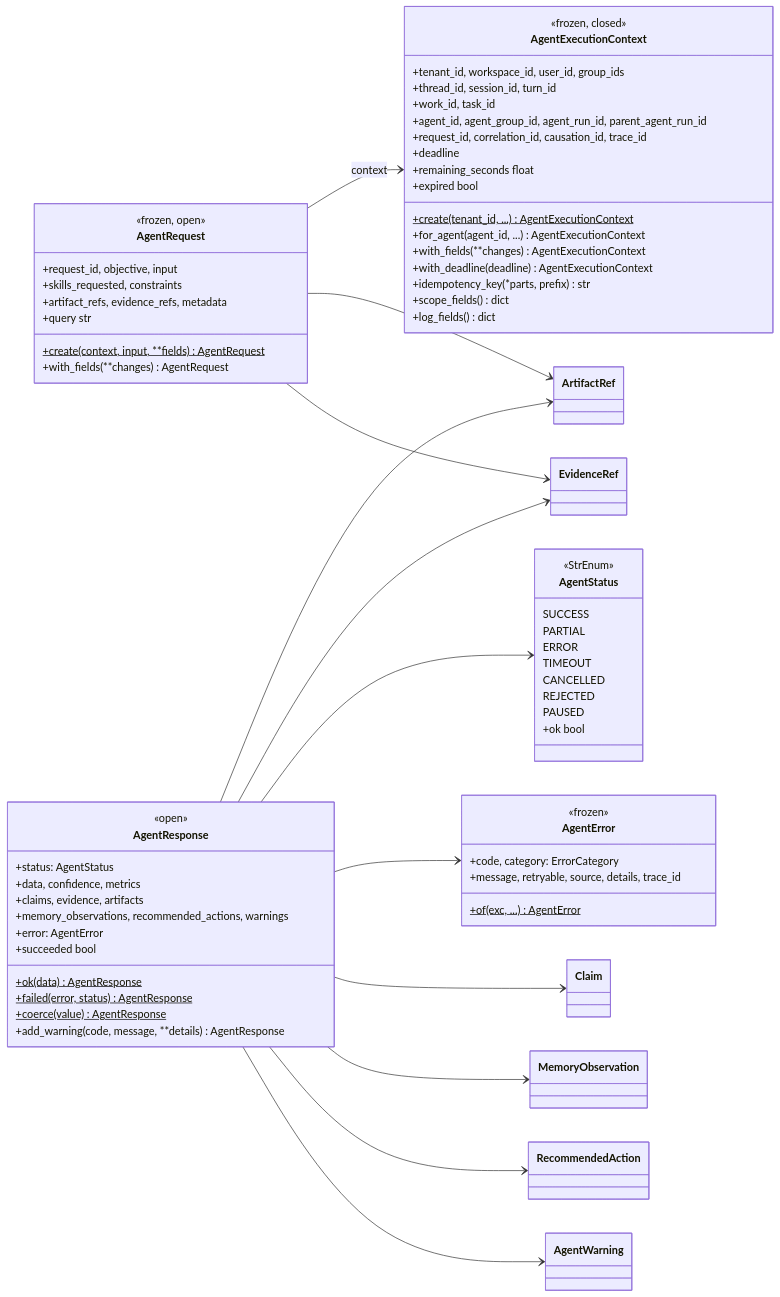
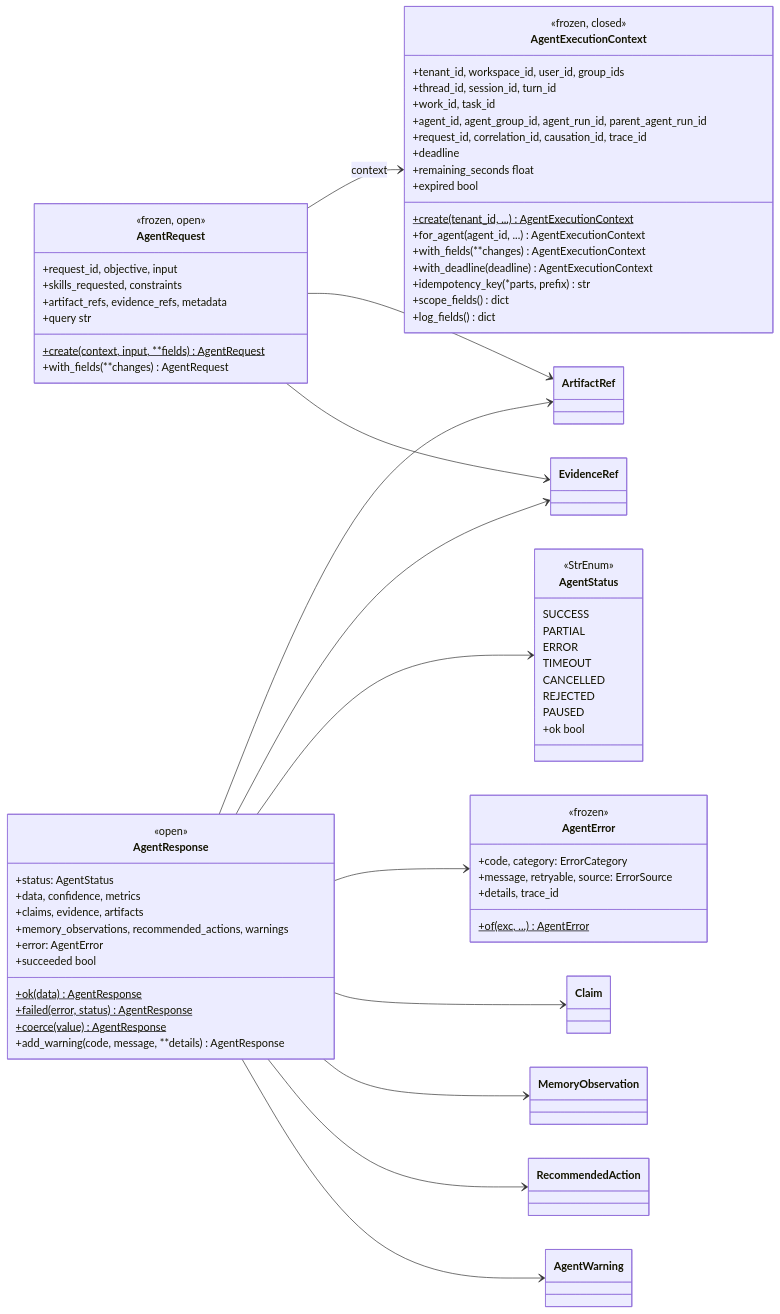
Before and after one commit to amitmohapatra/agent-contracts: the sixth of 11 diagrams in docs/ARCHITECTURE.md, drawn with Mermaid. The commit also changed other lines of this file and 20 other files, not shown here.

````diff
--- a/docs/ARCHITECTURE.md
+++ b/docs/ARCHITECTURE.md
@@ -216,72 +216,73 @@
 ```mermaid
 classDiagram
   direction LR
   class AgentExecutionContext {
     <<frozen, closed>>
     +tenant_id, workspace_id, user_id, group_ids
     +thread_id, session_id, turn_id
     +work_id, task_id
     +agent_id, agent_group_id, agent_run_id, parent_agent_run_id
     +request_id, correlation_id, causation_id, trace_id
     +deadline
     +create(tenant_id, ...)$ AgentExecutionContext
     +for_agent(agent_id, ...) AgentExecutionContext
     +with_fields(**changes) AgentExecutionContext
     +with_deadline(deadline) AgentExecutionContext
     +remaining_seconds float
     +expired bool
     +idempotency_key(*parts, prefix) str
     +scope_fields() dict
     +log_fields() dict
   }
   class AgentRequest {
     <<frozen, open>>
     +request_id, objective, input
     +skills_requested, constraints
     +artifact_refs, evidence_refs, metadata
     +create(context, input, **fields)$ AgentRequest
     +with_fields(**changes) AgentRequest
     +query str
   }
   class AgentResponse {
     <<open>>
     +status: AgentStatus
     +data, confidence, metrics
     +claims, evidence, artifacts
     +memory_observations, recommended_actions, warnings
     +error: AgentError
     +ok(data)$ AgentResponse
     +failed(error, status)$ AgentResponse
     +coerce(value)$ AgentResponse
     +succeeded bool
     +add_warning(code, message, **details) AgentResponse
   }
   class AgentStatus {
     <<StrEnum>>
     SUCCESS
     PARTIAL
     ERROR
     TIMEOUT
     CANCELLED
     REJECTED
     PAUSED
     +ok bool
   }
   class AgentError {
     <<frozen>>
     +code, category: ErrorCategory
-    +message, retryable, source, details, trace_id
+    +message, retryable, source: ErrorSource
+    +details, trace_id
     +of(exc, ...)$ AgentError
   }
   AgentRequest --> AgentExecutionContext : context
   AgentRequest --> ArtifactRef
   AgentRequest --> EvidenceRef
   AgentResponse --> AgentStatus
   AgentResponse --> AgentError
   AgentResponse --> Claim
   AgentResponse --> EvidenceRef
   AgentResponse --> ArtifactRef
   AgentResponse --> MemoryObservation
   AgentResponse --> RecommendedAction
   AgentResponse --> AgentWarning
 ```
````
